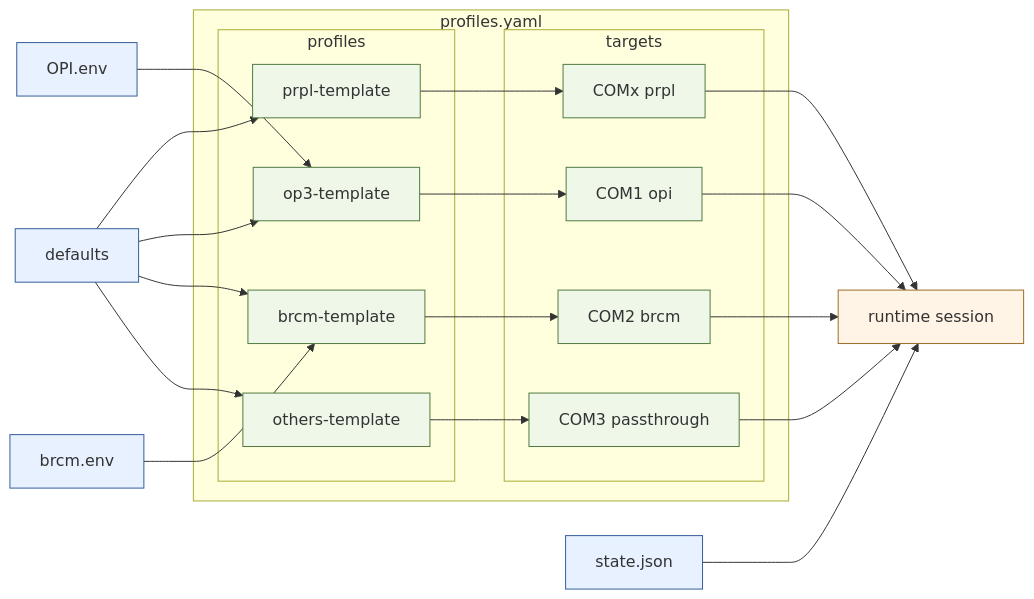
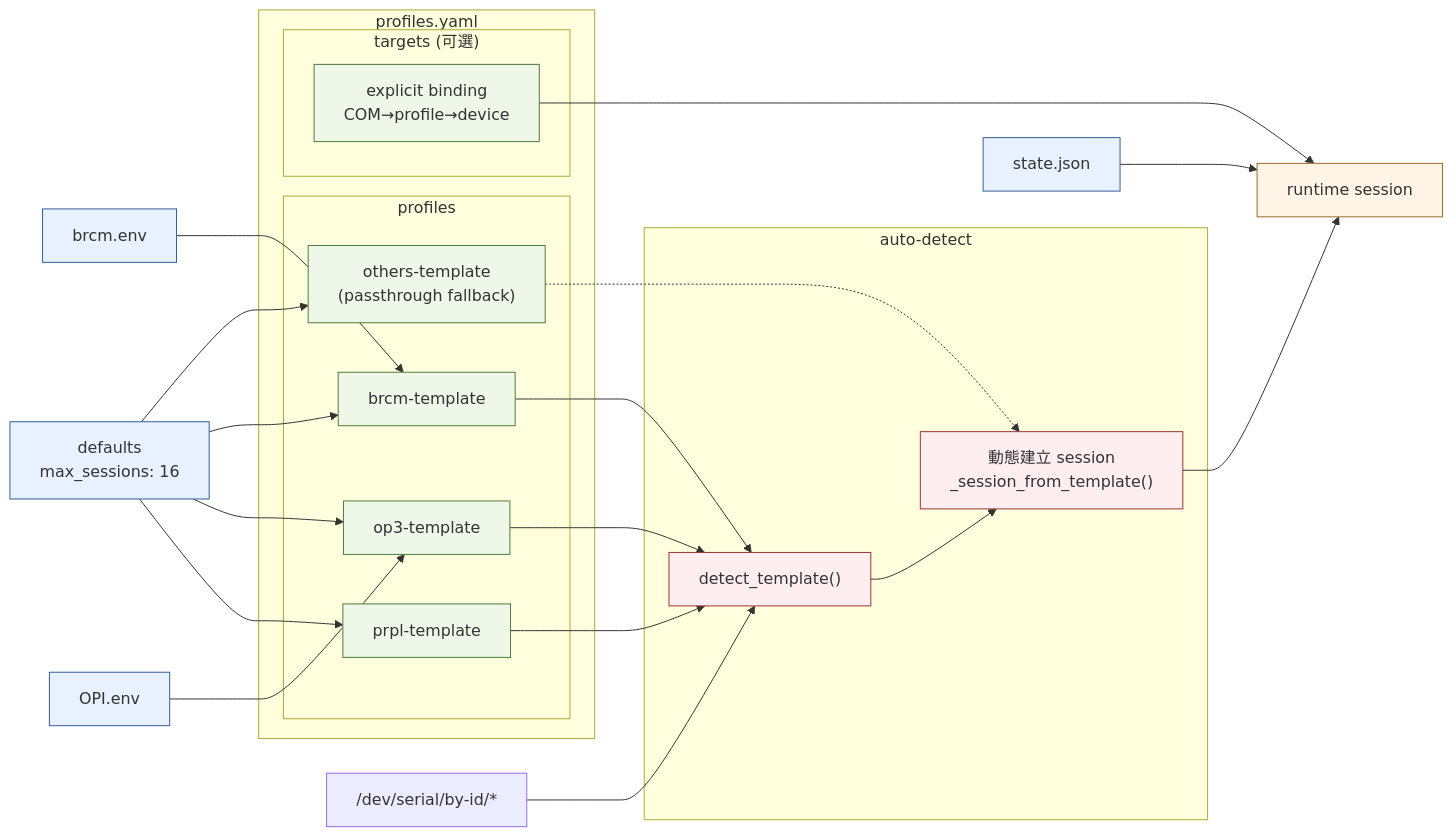
One commit to hamanpaul/serialwrap changed the seventh of 7 diagrams in README.md. Above: the diagram before and after it, drawn with Mermaid. The commit also changed other lines of this file and 13 other files, not shown here.

First line of the commit message:
feat: auto-detect template + 動態 session 建立

````diff
--- a/README.md
+++ b/README.md
@@ -242,47 +244,52 @@
 ```mermaid
 flowchart LR
-    DEF["defaults"]
+    DEF["defaults\nmax_sessions: 16"]
     ENV1["OPI.env"]
     ENV2["brcm.env"]
     OVR["state.json"]
     SES["runtime session"]
+    DEV["/dev/serial/by-id/*"]
 
     subgraph CFG["profiles.yaml"]
         subgraph TPL["profiles"]
             P1["prpl-template"]
             P2["op3-template"]
             P3["brcm-template"]
-            P4["others-template"]
+            P4["others-template\n(passthrough fallback)"]
         end
-        subgraph TGT["targets"]
-            T0["COMx prpl"]
-            T1["COM1 opi"]
-            T2["COM2 brcm"]
-            T3["COM3 passthrough"]
+        subgraph TGT["targets (可選)"]
+            T0["explicit binding\nCOM→profile→device"]
         end
+    end
+
+    subgraph AUTO["auto-detect"]
+        DT["detect_template()"]
+        DYN["動態建立 session\n_session_from_template()"]
     end
 
     DEF --> P1
     DEF --> P2
     DEF --> P3
     DEF --> P4
     ENV1 --> P2
     ENV2 --> P3
-    P1 --> T0
-    P2 --> T1
-    P3 --> T2
-    P4 --> T3
     T0 --> SES
-    T1 --> SES
-    T2 --> SES
-    T3 --> SES
     OVR --> SES
+    DEV --> DT
+    P1 --> DT
+    P2 --> DT
+    P3 --> DT
+    DT --> DYN
+    P4 -.-> DYN
+    DYN --> SES
 
     classDef cfg fill:#e8f1ff,stroke:#335c99,stroke-width:1px;
     classDef profile fill:#eef7e8,stroke:#4f7a3f,stroke-width:1px;
     classDef runtime fill:#fff4e6,stroke:#9a6b25,stroke-width:1px;
+    classDef detect fill:#ffeef0,stroke:#993333,stroke-width:1px;
 
     class DEF,ENV1,ENV2,OVR cfg
-    class P1,P2,P3,P4,T0,T1,T2,T3 profile
+    class P1,P2,P3,P4,T0 profile
     class SES runtime
+    class DT,DYN detect
 ```
````
